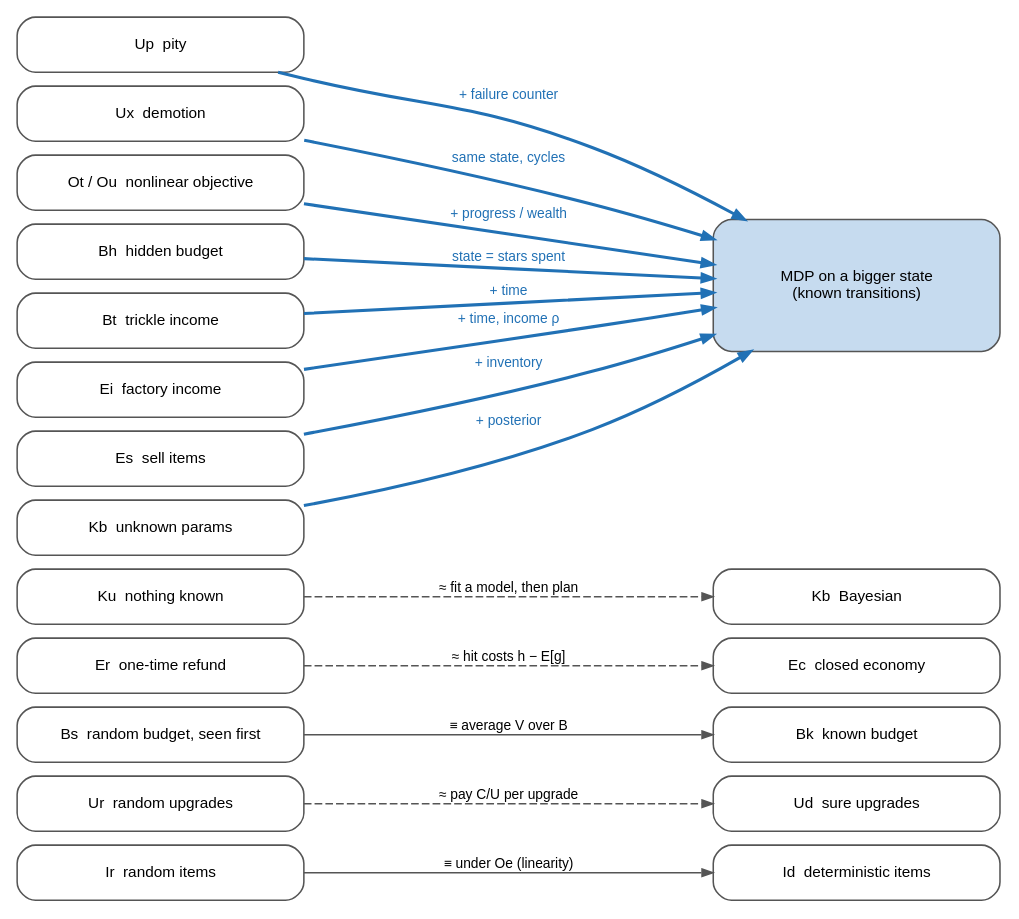
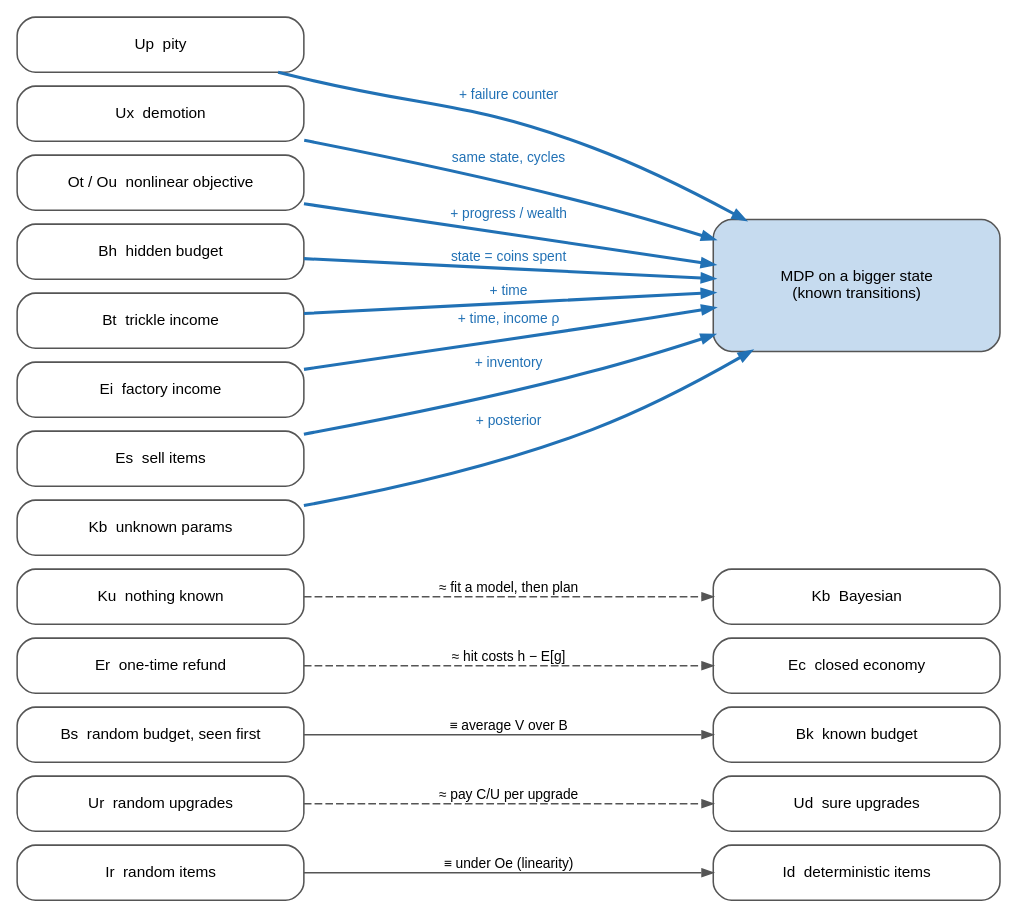
One commit to ssarkar2/notes changed the diagram in probability/sequential_decision_making_under_uncertainty/figures/reduction_map.dot. Above: the diagram before and after it, drawn with Graphviz. The commit also changed 10 other files, not shown here.

First line of the commit message:
Rename currency from stars to coins in tutorial

```diff
--- a/probability/sequential_decision_making_under_uncertainty/figures/reduction_map.dot
+++ b/probability/sequential_decision_making_under_uncertainty/figures/reduction_map.dot
@@ -1,51 +1,51 @@
 // Reductions between axis values: harder variant (left) -> something already solved (right).
 // solid = exact, dashed = approximation, bold blue = exact after enlarging the state.
 // Build: ./build.sh
 digraph reductions {
   rankdir=LR;
   graph [fontname="Helvetica", fontsize=11, nodesep=0.12, ranksep=2.2, bgcolor="white"];
   node  [shape=box, style="rounded", fontname="Helvetica", fontsize=10, color="#555555", width=2.6];
   edge  [fontname="Helvetica", fontsize=9, color="#555555", arrowsize=0.7];
 
   // left: harder axis values
   { rank=same;
     Ir [label="Ir  random items"];
     Ur [label="Ur  random upgrades"];
     Bs [label="Bs  random budget, seen first"];
     Er [label="Er  one-time refund"];
     Ku [label="Ku  nothing known"];
     Up [label="Up  pity"];
     Ux [label="Ux  demotion"];
     Ot [label="Ot / Ou  nonlinear objective"];
     Bh [label="Bh  hidden budget"];
     Bt [label="Bt  trickle income"];
     Ei [label="Ei  factory income"];
     Es [label="Es  sell items"];
     Kb [label="Kb  unknown params"];
   }
   // right: targets
   { rank=same;
     Id [label="Id  deterministic items"];
     Ud [label="Ud  sure upgrades"];
     Bk [label="Bk  known budget"];
     Ec [label="Ec  closed economy"];
     Kb2 [label="Kb  Bayesian"];
     MDP [label="MDP on a bigger state\n(known transitions)", style="rounded,filled", fillcolor="#c6dbef", height=1.2];
   }
 
   Ir -> Id [label="≡ under Oe (linearity)"];
   Ur -> Ud [label="≈ pay C/U per upgrade", style=dashed];
   Bs -> Bk [label="≡ average V over B"];
   Er -> Ec [label="≈ hit costs h − E[g]", style=dashed];
   Ku -> Kb2 [label="≈ fit a model, then plan", style=dashed];
 
   edge [style=bold, color="#2171b5", fontcolor="#2171b5"];
   Up -> MDP [label="+ failure counter"];
   Ux -> MDP [label="same state, cycles"];
   Ot -> MDP [label="+ progress / wealth"];
-  Bh -> MDP [label="state = stars spent"];
+  Bh -> MDP [label="state = coins spent"];
   Bt -> MDP [label="+ time"];
   Ei -> MDP [label="+ time, income ρ"];
   Es -> MDP [label="+ inventory"];
   Kb -> MDP [label="+ posterior"];
 }
```
